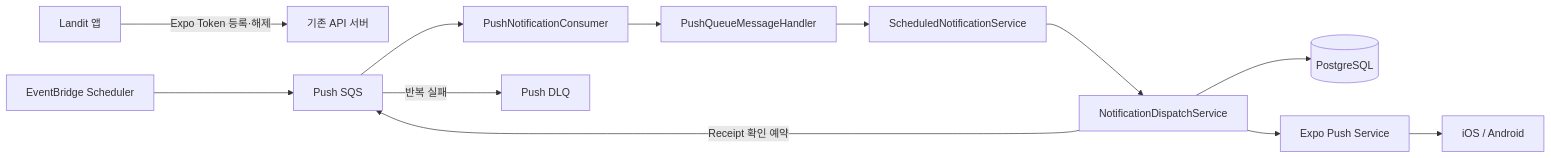
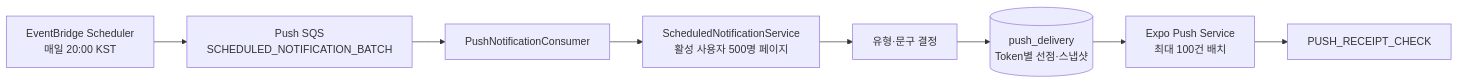
Before and after one commit to Aragornnnnnn/landit-be: the diagram in docs/tasks/LAN-184/design.md, drawn with Mermaid. The commit also changed other lines of this file, not shown here.

````diff
--- a/docs/tasks/LAN-184/design.md
+++ b/docs/tasks/LAN-184/design.md
@@ -62,14 +21,10 @@
 ```mermaid
 flowchart LR
-    APP["Landit 앱"] -->|"Expo Token 등록·해제"| API["기존 API 서버"]
-    SCHEDULER["EventBridge Scheduler"] --> SQS["Push SQS"]
-    SQS --> CON["PushNotificationConsumer"]
-    CON --> HANDLER["PushQueueMessageHandler"]
-    HANDLER --> SELECT["ScheduledNotificationService"]
-    SELECT --> SEND["NotificationDispatchService"]
-    SEND --> DB[("PostgreSQL")]
-    SEND --> EXPO["Expo Push Service"]
-    EXPO --> DEVICE["iOS / Android"]
-    SEND -->|"Receipt 확인 예약"| SQS
-    SQS -->|"반복 실패"| DLQ["Push DLQ"]
+    SCHEDULER["EventBridge Scheduler<br/>매일 20:00 KST"] --> SQS["Push SQS<br/>SCHEDULED_NOTIFICATION_BATCH"]
+    SQS --> CONSUMER["PushNotificationConsumer"]
+    CONSUMER --> SCHEDULED["ScheduledNotificationService<br/>활성 사용자 500명 페이지"]
+    SCHEDULED --> SELECT["유형·문구 결정"]
+    SELECT --> DELIVERY[("push_delivery<br/>Token별 선점·스냅샷")]
+    DELIVERY --> EXPO["Expo Push Service<br/>최대 100건 배치"]
+    EXPO --> RECEIPT["PUSH_RECEIPT_CHECK"]
 ```
````
